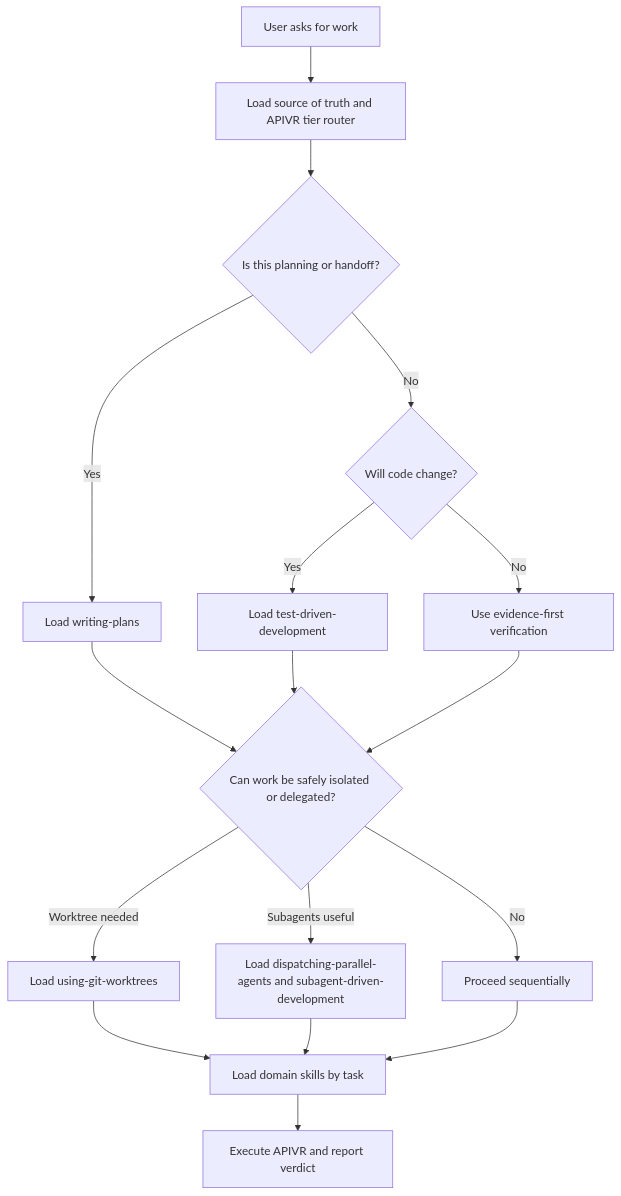
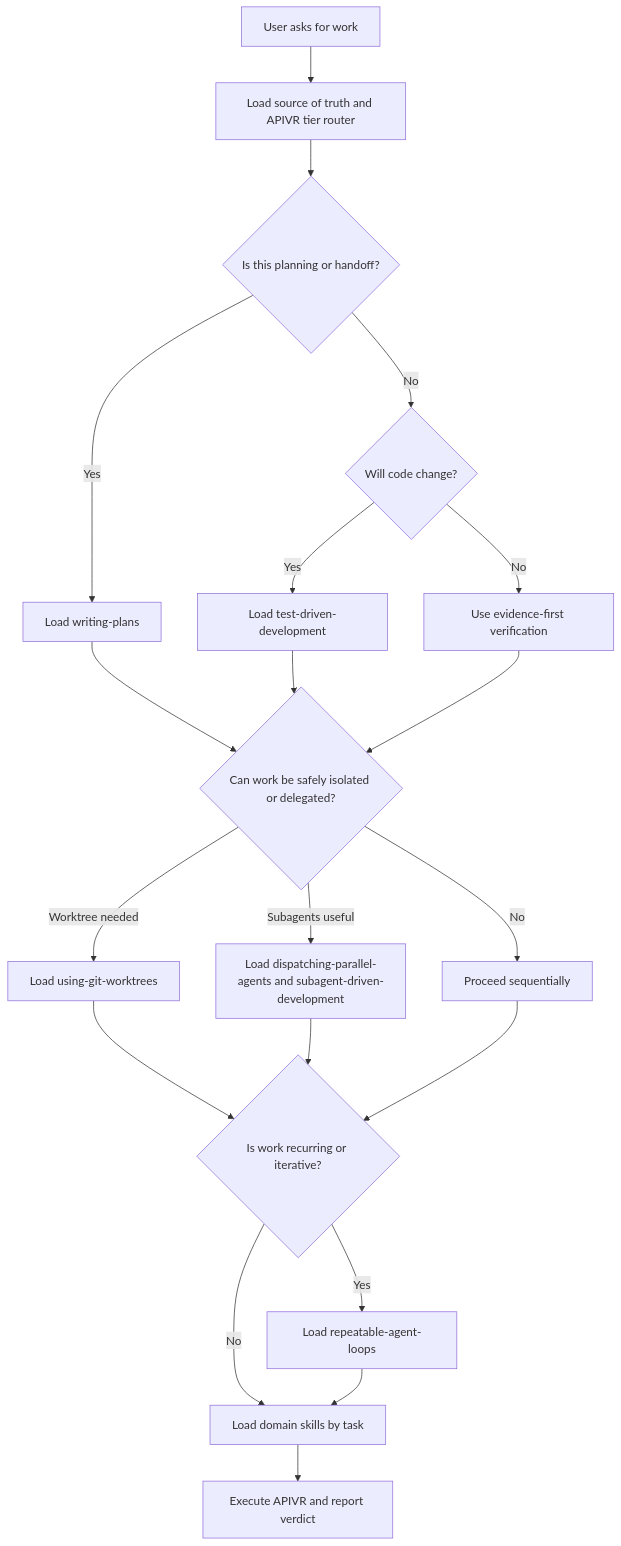
One commit to wfprieto/wcbs-build-kit changed the diagram in skills/super-build-kit/SKILL.md. Above: the diagram before and after it, drawn with Mermaid. The commit also changed other lines of this file, not shown here.

Commit message:
Add repeatable loop routing to super build kit skill

````diff
--- a/skills/super-build-kit/SKILL.md
+++ b/skills/super-build-kit/SKILL.md
@@ -23,19 +23,22 @@
 ```mermaid
 flowchart TD
   A["User asks for work"] --> B["Load source of truth and APIVR tier router"]
   B --> C{"Is this planning or handoff?"}
   C -- "Yes" --> D["Load writing-plans"]
   C -- "No" --> E{"Will code change?"}
   E -- "Yes" --> F["Load test-driven-development"]
   E -- "No" --> G["Use evidence-first verification"]
   D --> H{"Can work be safely isolated or delegated?"}
   F --> H
   G --> H
   H -- "Worktree needed" --> I["Load using-git-worktrees"]
   H -- "Subagents useful" --> J["Load dispatching-parallel-agents and subagent-driven-development"]
   H -- "No" --> K["Proceed sequentially"]
-  I --> L["Load domain skills by task"]
+  I --> L{"Is work recurring or iterative?"}
   J --> L
   K --> L
-  L --> M["Execute APIVR and report verdict"]
+  L -- "Yes" --> M["Load repeatable-agent-loops"]
+  L -- "No" --> N["Load domain skills by task"]
+  M --> N
+  N --> O["Execute APIVR and report verdict"]
 ```
````
